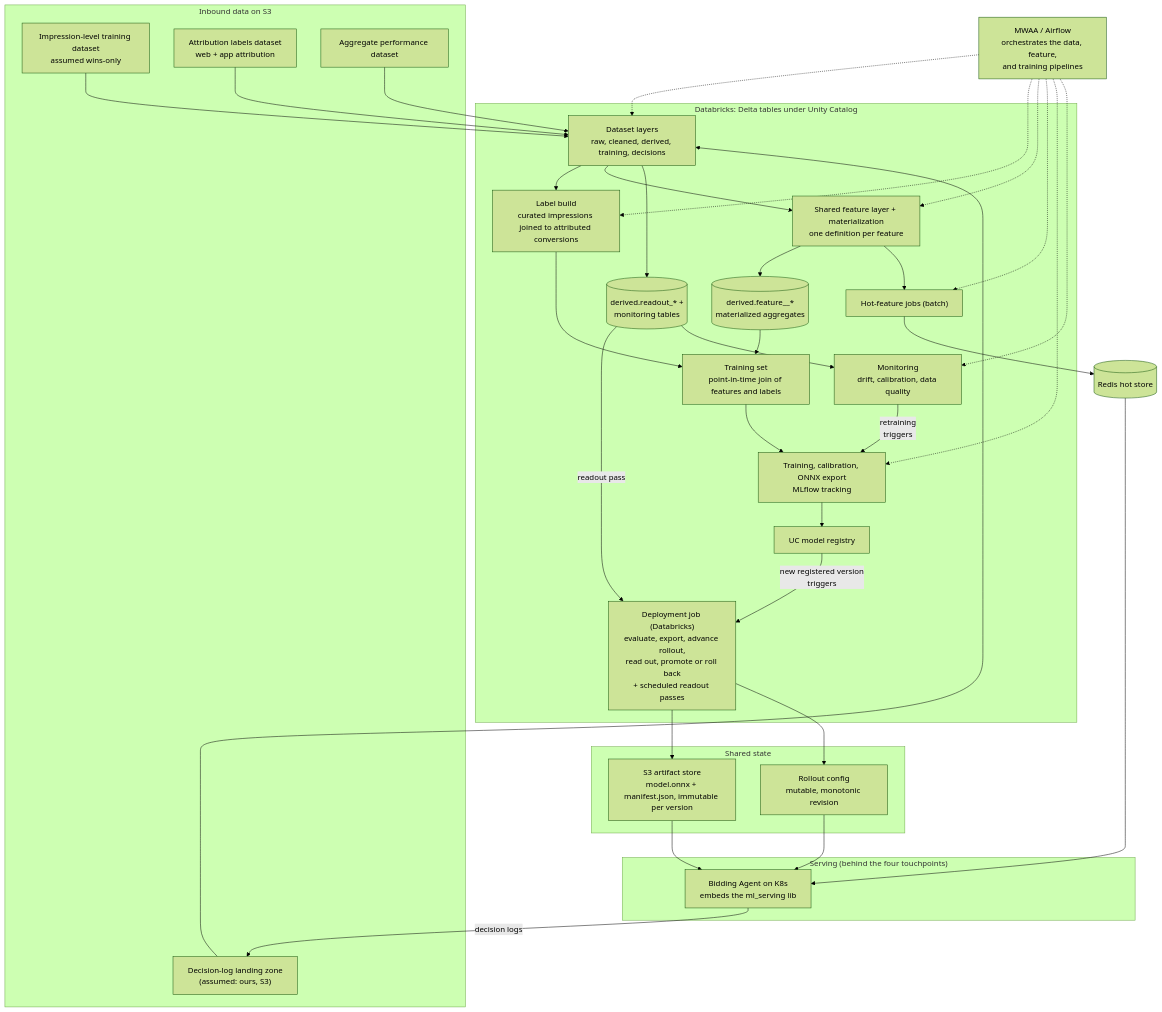
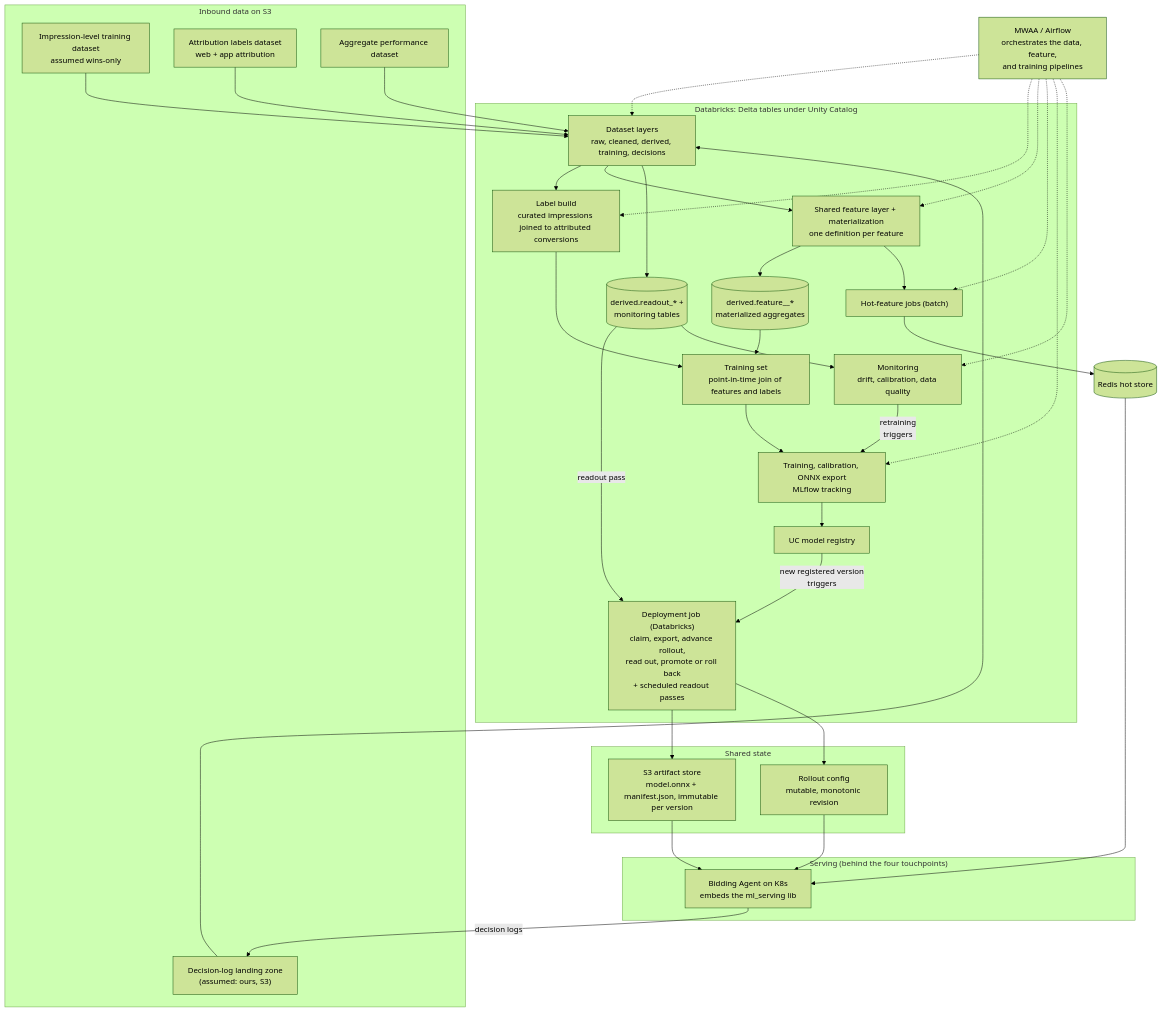
The diagram in design_docs/00_overview.md (cunha-sigma/ml_offline), drawn with Mermaid (forest theme) before and after one commit. The commit also changed other lines of this file and 22 other files, not shown here.

````diff
--- a/design_docs/00_overview.md
+++ b/design_docs/00_overview.md
@@ -36,67 +36,67 @@
 ```mermaid
 flowchart TB
   subgraph inputs["Inbound data on S3"]
     IMPR["Impression-level training dataset<br/>assumed wins-only"]
     ATTR["Attribution labels dataset<br/>web + app attribution"]
     PERF["Aggregate performance dataset"]
     DLOG["Decision-log landing zone<br/>(assumed: ours, S3)"]
   end
 
   subgraph dbx["Databricks: Delta tables under Unity Catalog"]
     RAW["Dataset layers<br/>raw, cleaned, derived, training, decisions"]
     LABEL["Label build<br/>curated impressions joined to attributed conversions"]
     FEAT["Shared feature layer + materialization<br/>one definition per feature"]
     TS["Training set<br/>point-in-time join of features and labels"]
     TRAIN["Training, calibration, ONNX export<br/>MLflow tracking"]
     REG["UC model registry"]
-    DEPLOYJOB["Deployment job (Databricks)<br/>evaluate, export, advance rollout,<br/>read out, promote or roll back<br/>+ scheduled readout passes"]
+    DEPLOYJOB["Deployment job (Databricks)<br/>claim, export, advance rollout,<br/>read out, promote or roll back<br/>+ scheduled readout passes"]
     HOTDAG["Hot-feature jobs (batch)"]
     FTAB[("derived.feature_<model>_*<br/>materialized aggregates")]
     ROUT[("derived.readout_* +<br/>monitoring tables")]
     MON["Monitoring<br/>drift, calibration, data quality"]
   end
 
   MWAA["MWAA / Airflow<br/>orchestrates the data, feature,<br/>and training pipelines"]
   REDIS[("Redis hot store")]
 
   subgraph shared["Shared state"]
     ART["S3 artifact store<br/>model.onnx + manifest.json, immutable per version"]
     CFG["Rollout config<br/>mutable, monotonic revision"]
   end
 
   subgraph serving["Serving (behind the four touchpoints)"]
     AGENT["Bidding Agent on K8s<br/>embeds the ml_serving lib"]
   end
 
   IMPR --> RAW
   ATTR --> RAW
   PERF --> RAW
   DLOG --> RAW
   RAW --> LABEL
   RAW --> FEAT
   LABEL --> TS
   FEAT --> FTAB
   FTAB --> TS
   TS --> TRAIN
   FEAT --> HOTDAG
   HOTDAG --> REDIS
   TRAIN --> REG
   REG -- "new registered version<br/>triggers" --> DEPLOYJOB
   RAW --> ROUT
   ROUT -- "readout pass" --> DEPLOYJOB
   ROUT --> MON
   MON -- "retraining<br/>triggers" --> TRAIN
   DEPLOYJOB --> ART
   DEPLOYJOB --> CFG
   ART --> AGENT
   CFG --> AGENT
   REDIS --> AGENT
   AGENT -- "decision logs" --> DLOG
 
   MWAA -.-> RAW
   MWAA -.-> LABEL
   MWAA -.-> FEAT
   MWAA -.-> HOTDAG
   MWAA -.-> TRAIN
   MWAA -.-> MON
 ```
````
